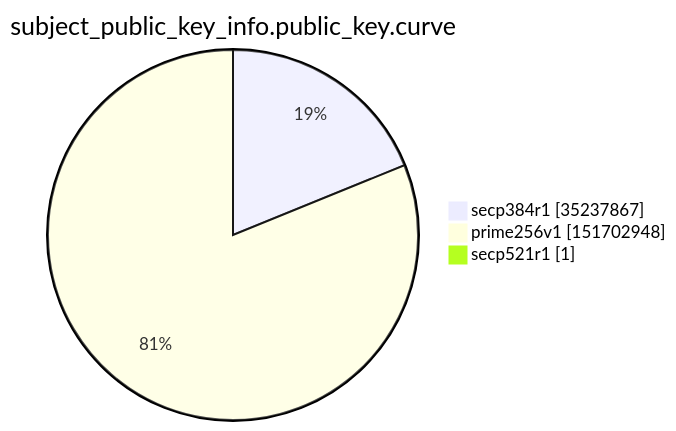
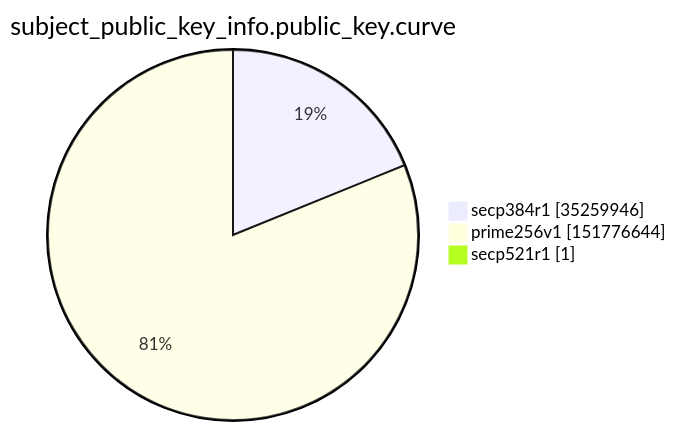
The ninth of 15 diagrams in argon2022/README.md (christiankrug/ctmonitor_visualization), drawn with Mermaid before and after one commit. The commit also changed other lines of this file, not shown here.

````diff
--- a/argon2022/README.md
+++ b/argon2022/README.md
@@ -2765,7 +2765,7 @@
 ```mermaid
 pie showData
 title subject_public_key_info.public_key.curve
-"secp384r1" :35237867
-"prime256v1" :151702948
+"secp384r1" :35259946
+"prime256v1" :151776644
 "secp521r1" :1
 ```
````
